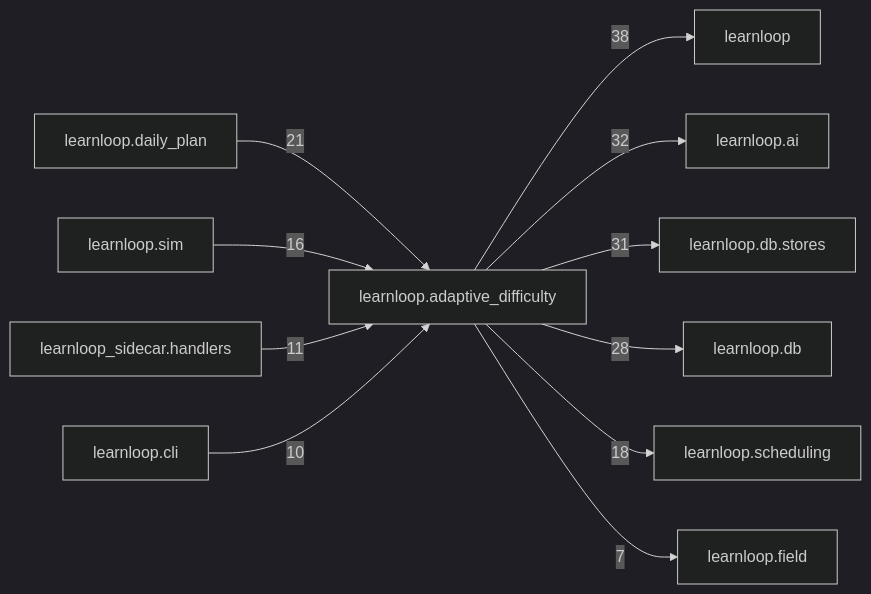
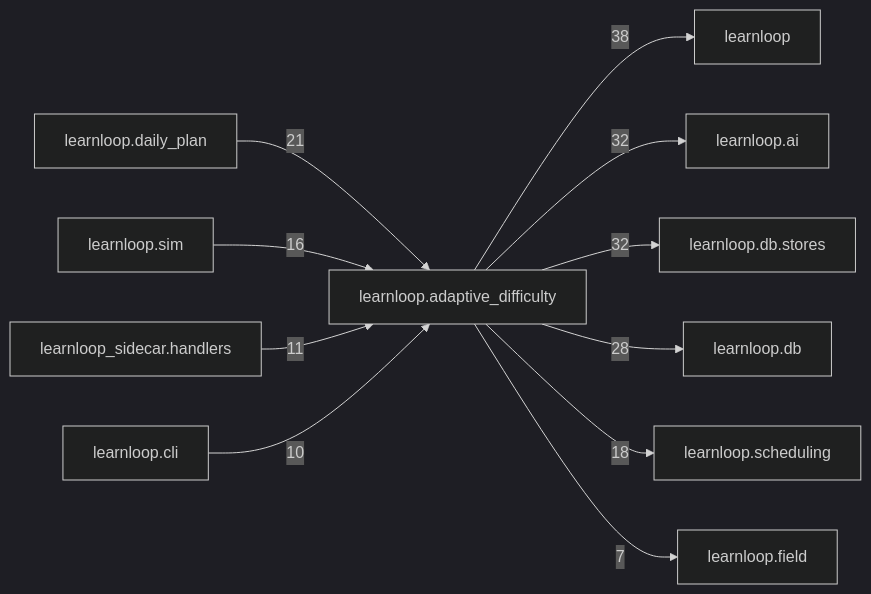
One commit to 6up-b/learnanything changed the diagram in docs/learnloop-architecture-vault/Reference/Modules/learnloop/adaptive_difficulty/_package.md. Above: the diagram before and after it, drawn with Mermaid (dark theme). The commit also changed other lines of this file and 47 other files, not shown here.

````diff
--- a/docs/learnloop-architecture-vault/Reference/Modules/learnloop/adaptive_difficulty/_package.md
+++ b/docs/learnloop-architecture-vault/Reference/Modules/learnloop/adaptive_difficulty/_package.md
@@ -190,24 +190,24 @@
 ```mermaid
 flowchart LR
     center["learnloop.adaptive_difficulty"]
     n_learnloop["learnloop"]
     n_learnloop_ai["learnloop.ai"]
     n_learnloop_db_stores["learnloop.db.stores"]
     n_learnloop_db["learnloop.db"]
     n_learnloop_daily_plan["learnloop.daily_plan"]
     n_learnloop_scheduling["learnloop.scheduling"]
     n_learnloop_sim["learnloop.sim"]
     n_learnloop_sidecar_handlers["learnloop_sidecar.handlers"]
     n_learnloop_cli["learnloop.cli"]
     n_learnloop_field["learnloop.field"]
     center -->|38| n_learnloop
     center -->|32| n_learnloop_ai
-    center -->|31| n_learnloop_db_stores
+    center -->|32| n_learnloop_db_stores
     center -->|28| n_learnloop_db
     n_learnloop_daily_plan -->|21| center
     center -->|18| n_learnloop_scheduling
     n_learnloop_sim -->|16| center
     n_learnloop_sidecar_handlers -->|11| center
     n_learnloop_cli -->|10| center
     center -->|7| n_learnloop_field
 ```
````
